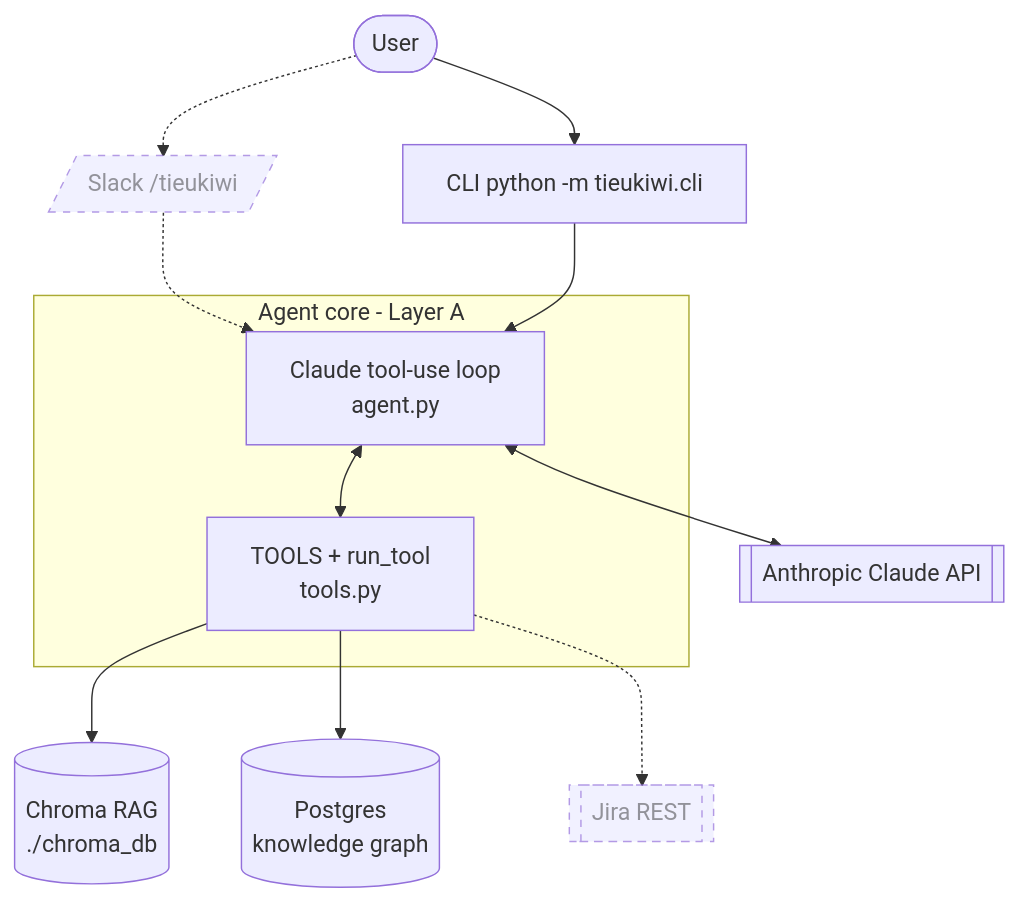
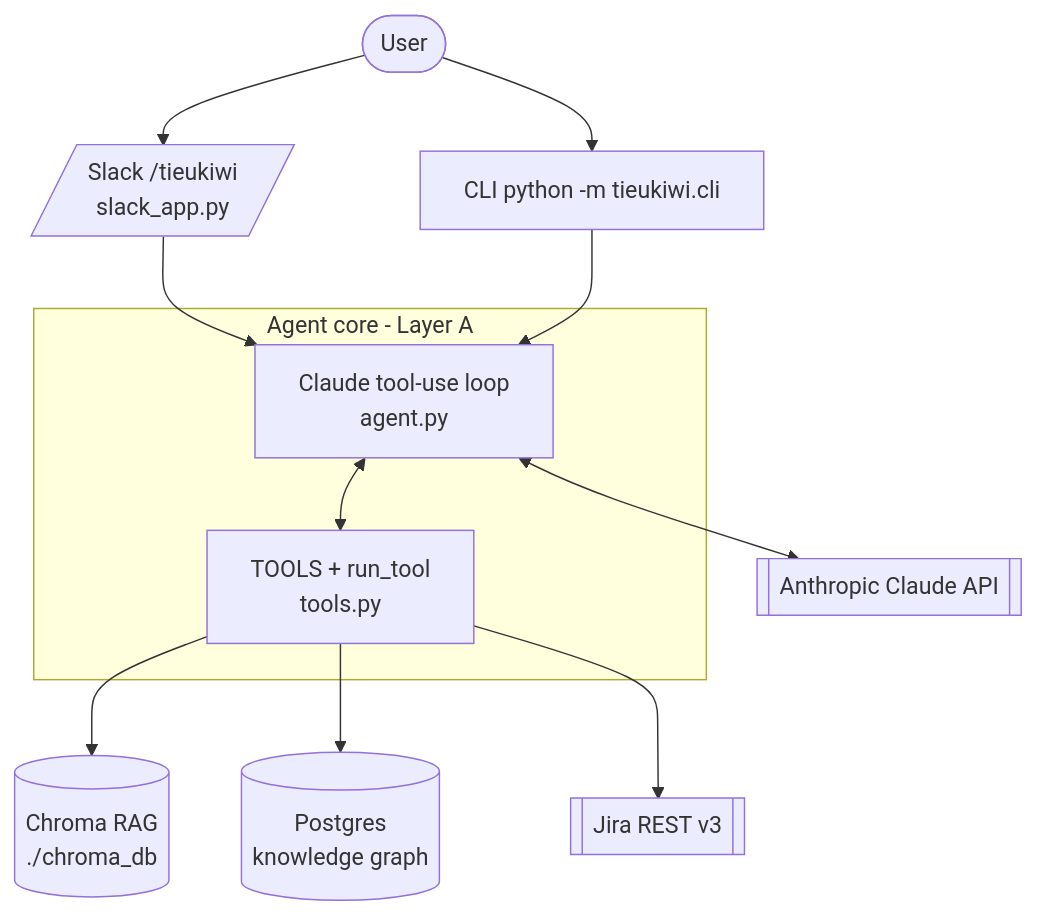
Before and after one commit to minhphuEP/tieu-kiwi: the diagram in README.md, drawn with Mermaid. The commit also changed other lines of this file and 7 other files, not shown here.

````diff
--- a/README.md
+++ b/README.md
@@ -47,26 +49,24 @@
 ```mermaid
 flowchart TD
     user([User])
     cli[CLI  python -m tieukiwi.cli]
-    slack[/Slack  /tieukiwi/]:::planned
+    slack[/Slack  /tieukiwi<br/>slack_app.py/]
 
     user --> cli
-    user -.-> slack
-    slack -.-> agent
+    user --> slack
+    slack --> agent
 
     cli --> agent
 
     subgraph brain [Agent core - Layer A]
       agent[Claude tool-use loop<br/>agent.py]
       tools[TOOLS + run_tool<br/>tools.py]
       agent <--> tools
     end
 
     agent <--> claude[[Anthropic Claude API]]
 
     tools --> rag[(Chroma RAG<br/>./chroma_db)]
     tools --> pg[(Postgres<br/>knowledge graph)]
-    tools -.-> jira[[Jira REST]]:::planned
-
-    classDef planned stroke-dasharray: 5 5,opacity:0.7;
+    tools --> jira[[Jira REST v3]]
 ```
````
